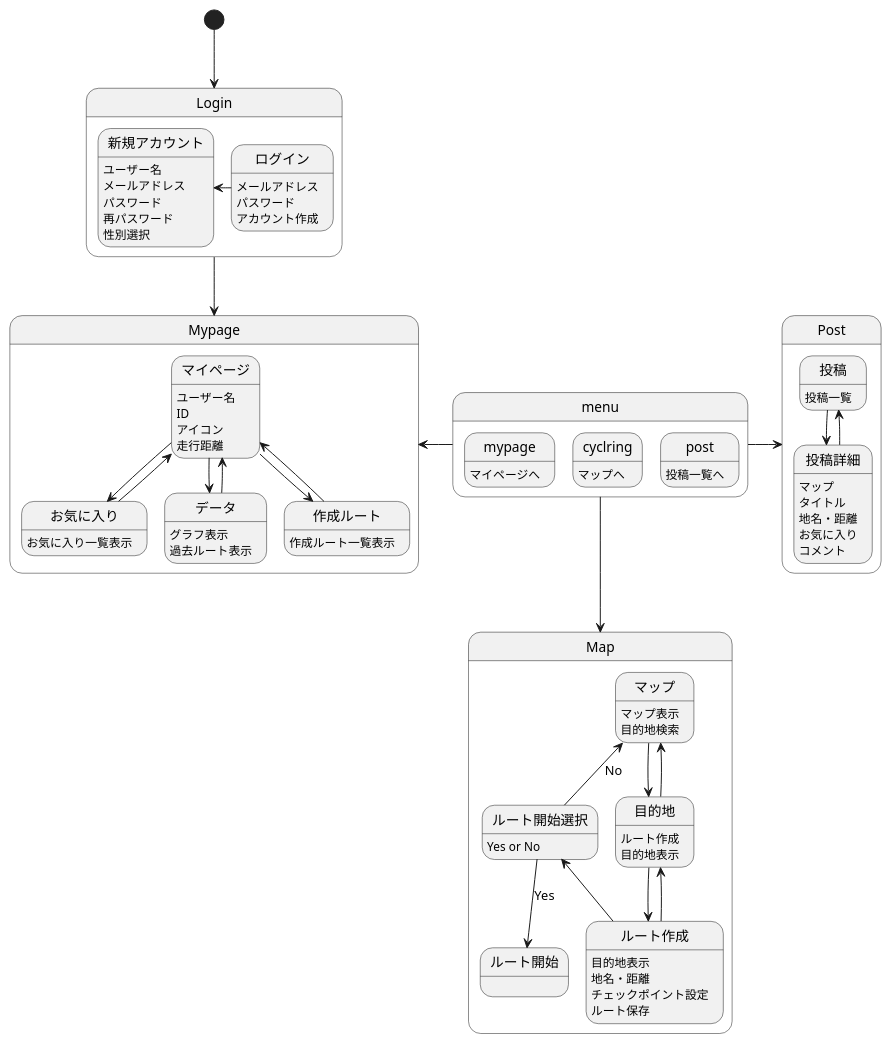
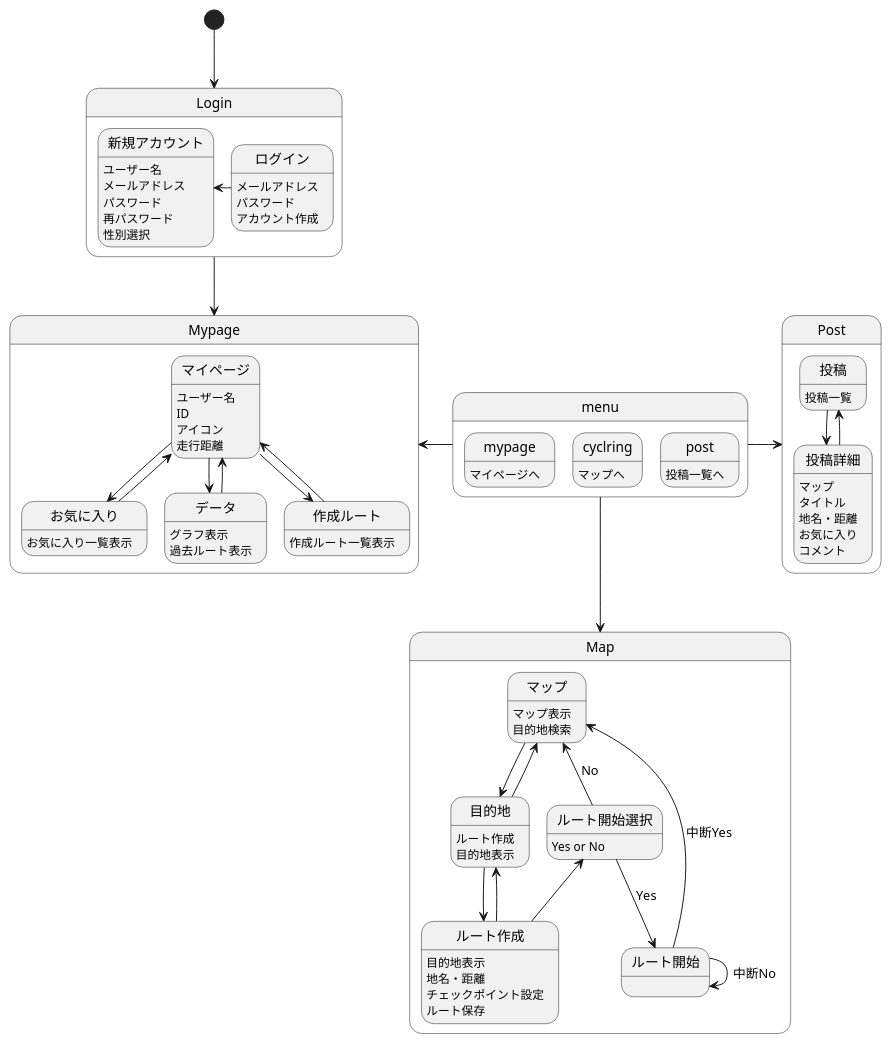
The diagram in 画面遷移図/gm.md (AsoSD3A3/CyclingSystem), drawn with PlantUML before and after one commit.

```diff
--- a/画面遷移図/gm.md
+++ b/画面遷移図/gm.md
@@ -64,6 +64,8 @@
 ルート開始選択:Yes or No
 ルート開始選択-down->ルート開始 :Yes
 ルート開始選択-up->マップ :No
+ルート開始-->ルート開始 :中断No
+ルート開始-->マップ :中断Yes
 }
 
 state Post{
```
